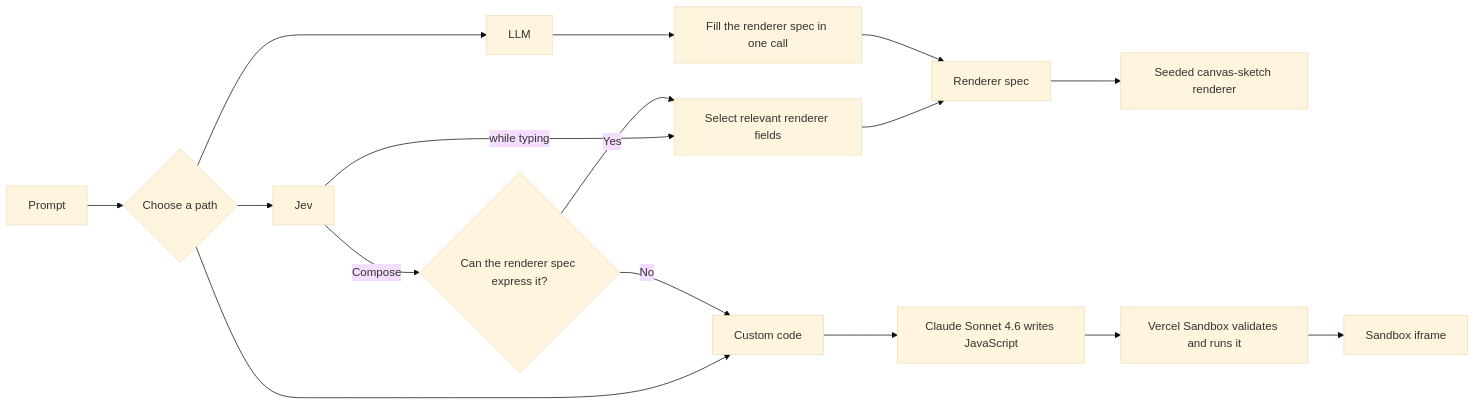
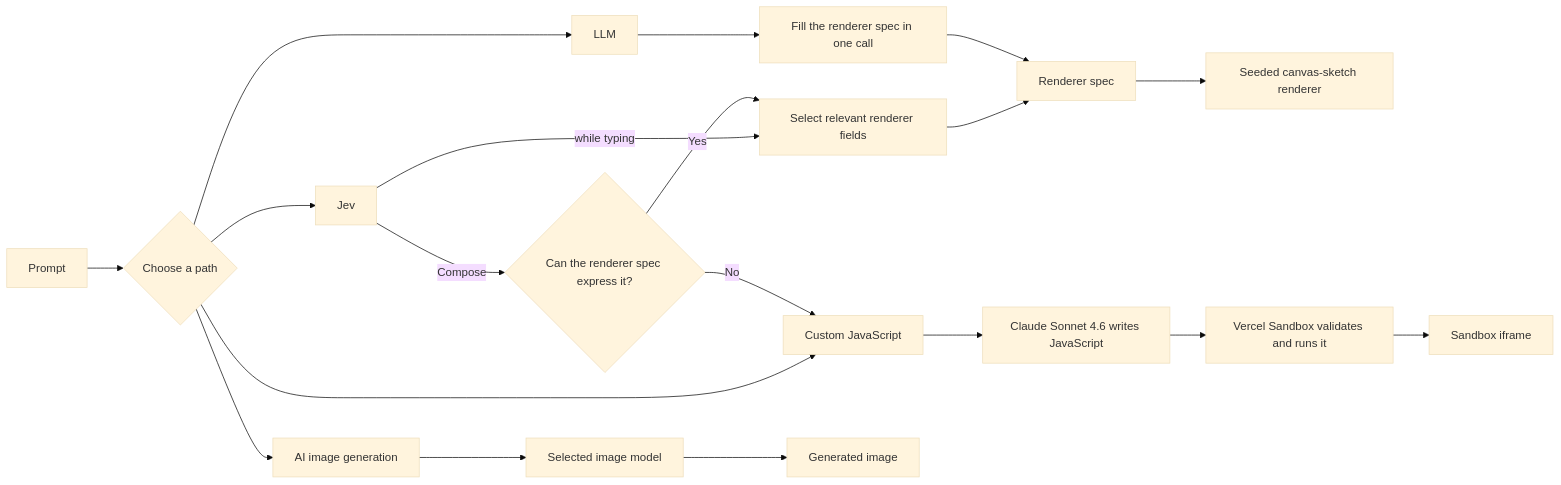
Before and after one commit to carollia-99/jev-determinism-and-abstraction: the diagram in README.md, drawn with Mermaid (base theme). The commit also changed other lines of this file and 3 other files, not shown here.

````diff
--- a/README.md
+++ b/README.md
@@ -9,22 +9,26 @@
 ```mermaid
 flowchart LR
     P[Prompt] --> M{Choose a path}
 
     M --> J[Jev]
     M --> L[LLM]
-    M --> C[Custom code]
+    M --> C[Custom JavaScript]
+    M --> AI[AI image generation]
 
     J -->|while typing| S[Select relevant renderer fields]
     J -->|Compose| F{Can the renderer spec express it?}
     F -->|Yes| S
     F -->|No| C
 
     L --> A[Fill the renderer spec in one call]
     S --> R[Renderer spec]
     A --> R
     R --> D[Seeded canvas-sketch renderer]
 
     C --> G[Claude Sonnet 4.6 writes JavaScript]
     G --> V[Vercel Sandbox validates and runs it]
     V --> I[Sandbox iframe]
+
+    AI --> IM[Selected image model]
+    IM --> O[Generated image]
 ```
````
